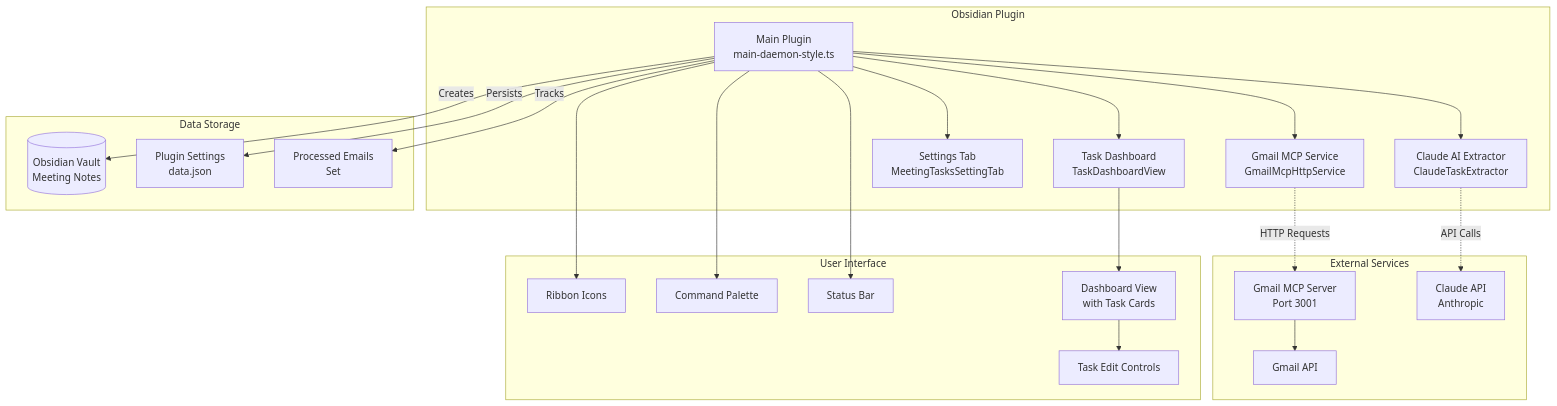
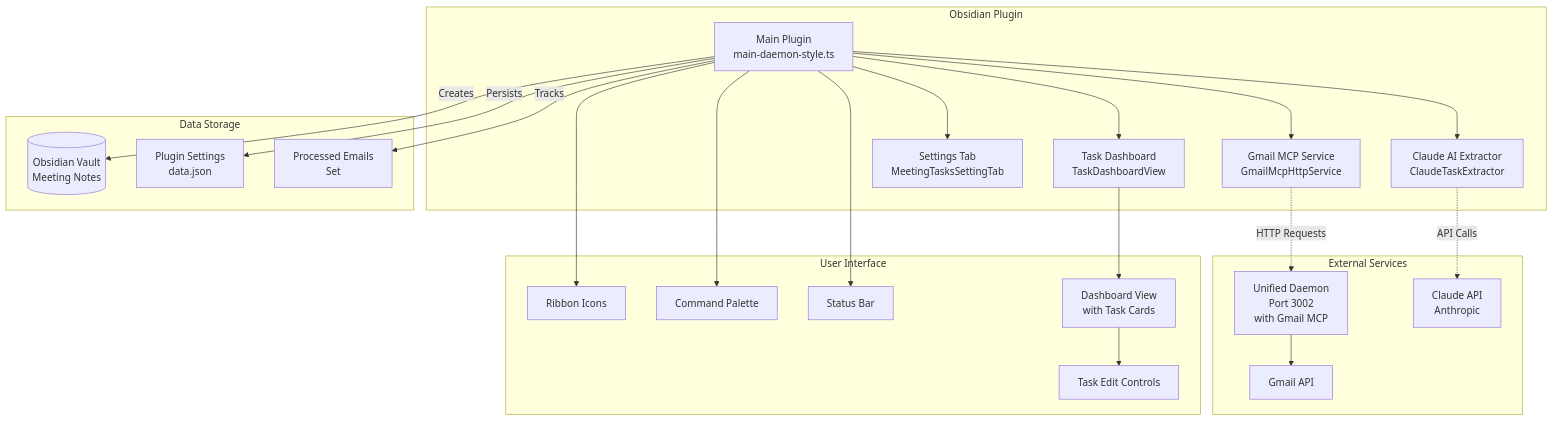
Before and after one commit to jimallen/TasksAgent: the first of 2 diagrams in obsidian-plugin/docs/system-architecture.md, drawn with Mermaid. The commit also changed other lines of this file and 6 other files, not shown here.

First line of the commit message:
docs: comprehensive documentation update for unified daemon architecture

````diff
--- a/obsidian-plugin/docs/system-architecture.md
+++ b/obsidian-plugin/docs/system-architecture.md
@@ -9,40 +9,40 @@
 ```mermaid
 graph TB
     subgraph "Obsidian Plugin"
         A[Main Plugin<br/>main-daemon-style.ts] --> B[Gmail MCP Service<br/>GmailMcpHttpService]
         A --> C[Claude AI Extractor<br/>ClaudeTaskExtractor]
         A --> D[Task Dashboard<br/>TaskDashboardView]
         A --> E[Settings Tab<br/>MeetingTasksSettingTab]
     end
     
     subgraph "External Services"
-        F[Gmail MCP Server<br/>Port 3001] --> G[Gmail API]
+        F[Unified Daemon<br/>Port 3002<br/>with Gmail MCP] --> G[Gmail API]
         H[Claude API<br/>Anthropic]
     end
     
     subgraph "Data Storage"
         I[(Obsidian Vault<br/>Meeting Notes)]
         J[Plugin Settings<br/>data.json]
         K[Processed Emails<br/>Set]
     end
     
     B -.->|HTTP Requests| F
     C -.->|API Calls| H
     A -->|Creates| I
     A -->|Persists| J
     A -->|Tracks| K
     
     subgraph "User Interface"
         L[Ribbon Icons]
         M[Command Palette]
         N[Status Bar]
         O[Dashboard View<br/>with Task Cards]
         P[Task Edit Controls]
     end
     
     A --> L
     A --> M
     A --> N
     D --> O
     O --> P
 ```
````
